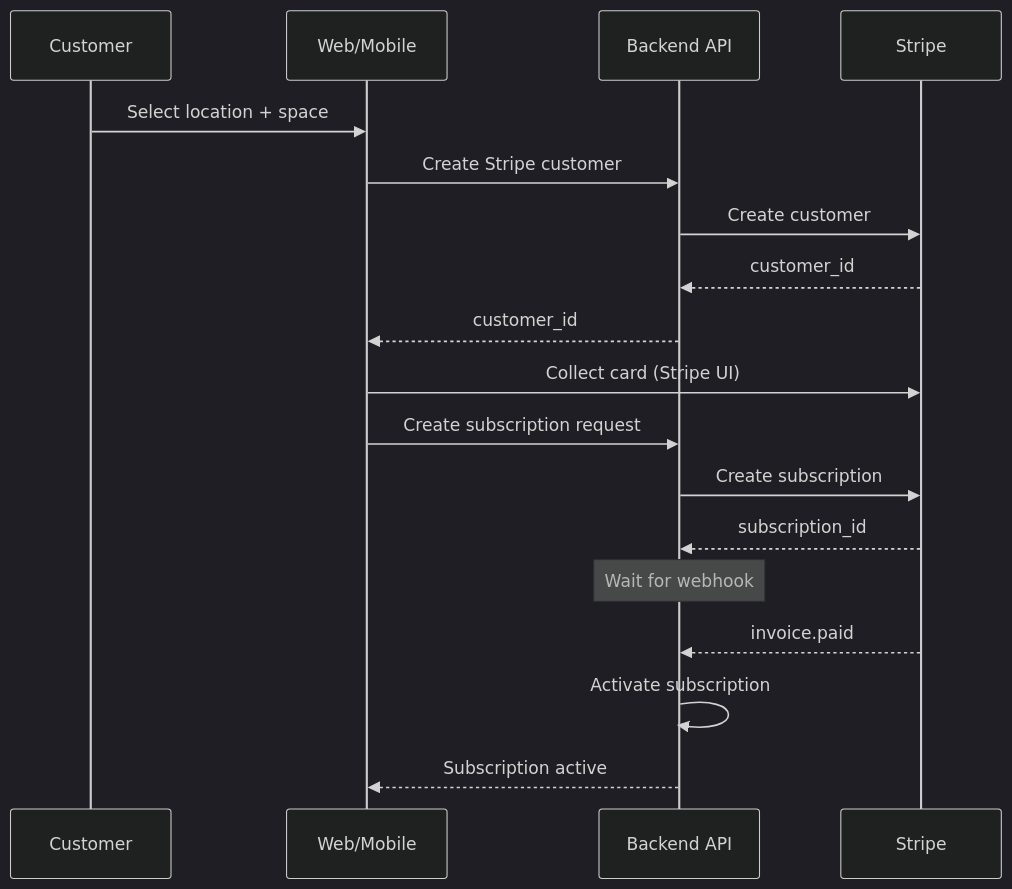
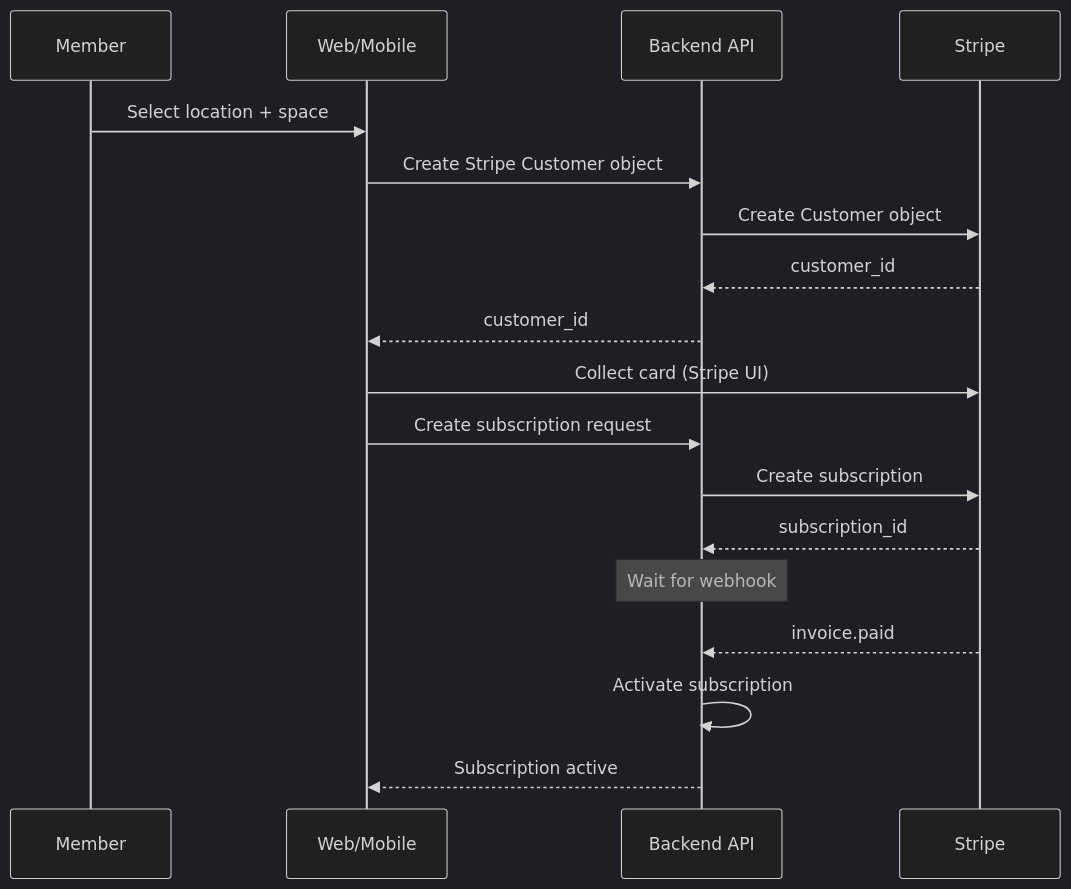
One commit to prabhat-priddyspaces/priddyspaces-app changed the first of 4 diagrams in docs/flows.md. Above: the diagram before and after it, drawn with Mermaid (dark theme). The commit also changed other lines of this file and 176 other files, not shown here.

Commit message:
Rename customer registration flow to member

````diff
--- a/docs/flows.md
+++ b/docs/flows.md
@@ -4,21 +4,21 @@
 ```mermaid
 sequenceDiagram
-  participant C as Customer
+  participant C as Member
   participant W as Web/Mobile
   participant API as Backend API
   participant S as Stripe
 
   C->>W: Select location + space
-  W->>API: Create Stripe customer
-  API->>S: Create customer
+  W->>API: Create Stripe Customer object
+  API->>S: Create Customer object
   S-->>API: customer_id
   API-->>W: customer_id
   W->>S: Collect card (Stripe UI)
   W->>API: Create subscription request
   API->>S: Create subscription
   S-->>API: subscription_id
   Note over API: Wait for webhook
   S-->>API: invoice.paid
   API->>API: Activate subscription
   API-->>W: Subscription active
 ```
````
